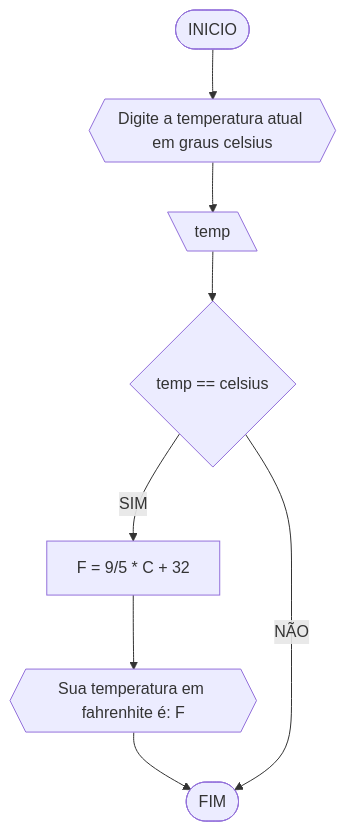
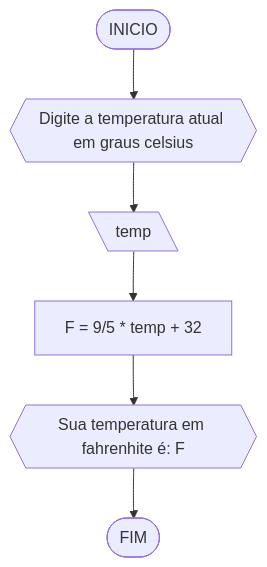
One commit to ikarochaves/UNIFOR changed the second of 4 diagrams in RLA/lista_exercicios2.md. Above: the diagram before and after it, drawn with Mermaid. The commit also changed other lines of this file, not shown here.

````diff
--- a/RLA/lista_exercicios2.md
+++ b/RLA/lista_exercicios2.md
@@ -42,12 +49,10 @@
 ```mermaid
 flowchart TD
 A([INICIO]) --> B{{Digite a temperatura atual em graus celsius}}
 B --> C[\temp\]
-C --> D{temp == celsius}
-D --SIM--> E[F = 9/5 * C + 32]
-E --> F{{Sua temperatura em fahrenhite é: F}}
-F --> G([FIM])
-D --NÃO--> G
+C --> D[F = 9/5 * temp + 32]
+D --> E{{Sua temperatura em fahrenhite é: F}}
+E --> F([FIM])
 
 
 ```
````
